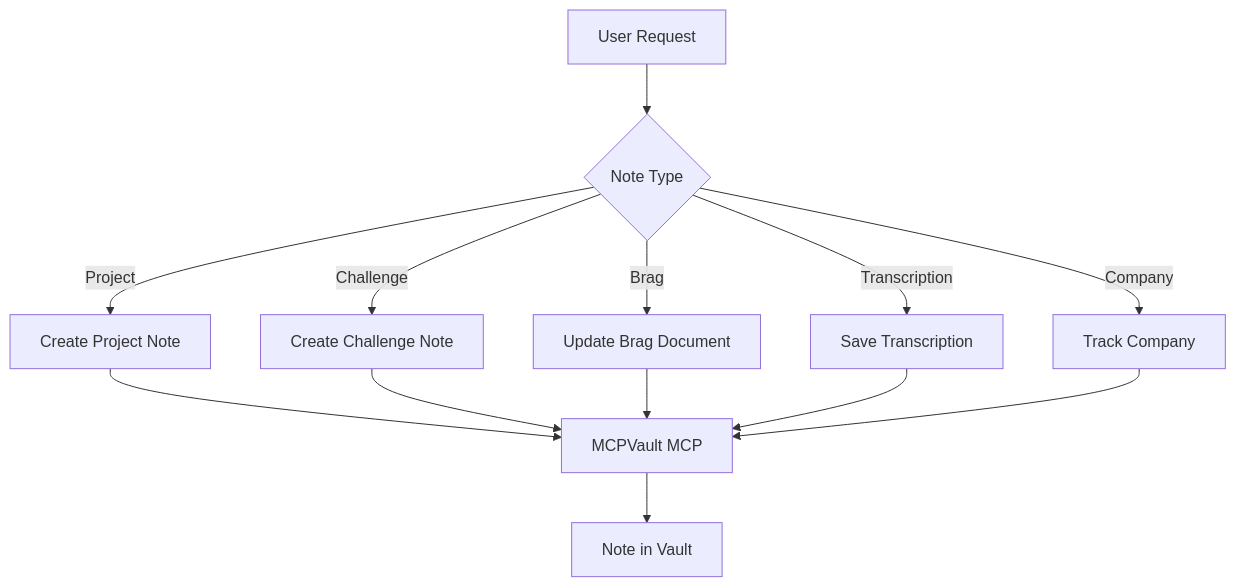
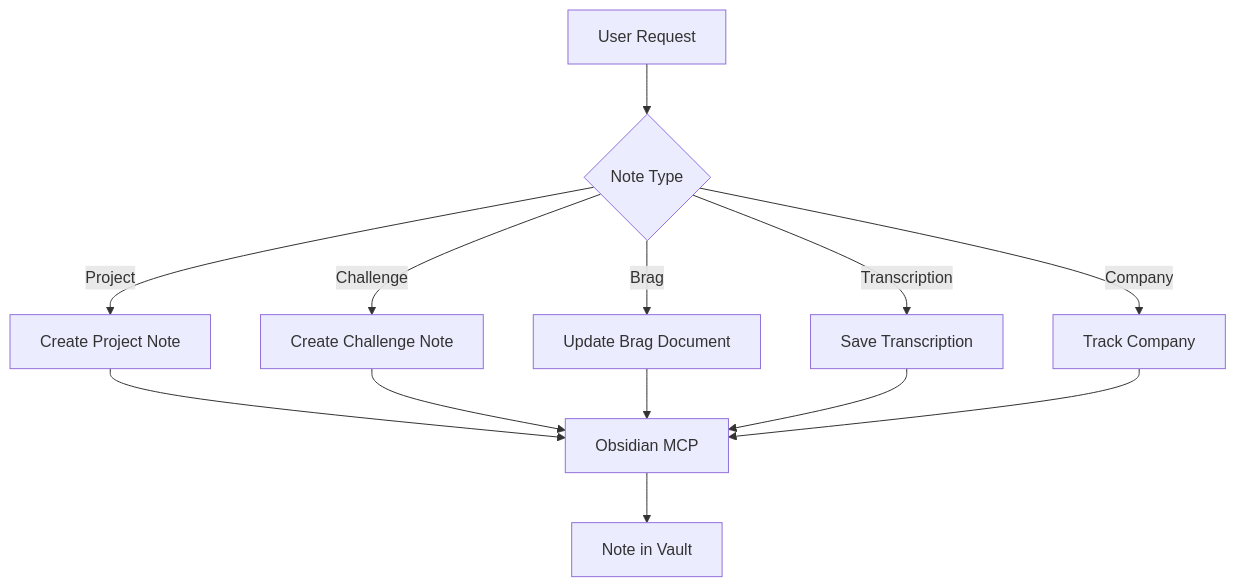
Before and after one commit to adeonir/agent-skills: the diagram in skills/personal/notes/README.md, drawn with Mermaid. The commit also changed other lines of this file and 6 other files, not shown here.

First line of the commit message:
fix(notes): qualify MCP tool names under the Obsidian server

````diff
--- a/skills/personal/notes/README.md
+++ b/skills/personal/notes/README.md
@@ -15,15 +15,15 @@
 ```mermaid
 flowchart TD
     T[User Request] --> D{Note Type}
     D -->|Project| P[Create Project Note]
     D -->|Challenge| H[Create Challenge Note]
     D -->|Brag| B[Update Brag Document]
     D -->|Transcription| TR[Save Transcription]
     D -->|Company| CO[Track Company]
-    P --> M[MCPVault MCP]
+    P --> M[Obsidian MCP]
     H --> M
     B --> M
     TR --> M
     CO --> M
     M --> N[Note in Vault]
 ```
````
